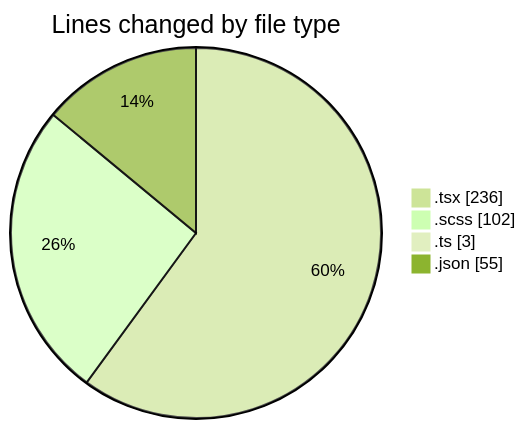
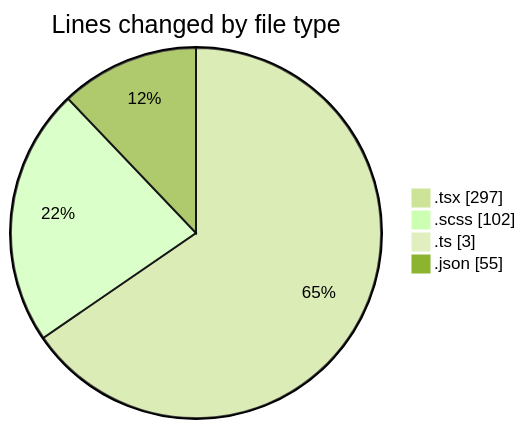
The first of 2 diagrams in 2026-10-30/cda/README.md (momahboobian/code-tracking), drawn with Mermaid (forest theme) before and after one commit. The commit also changed other lines of this file and 1 other file, not shown here.

````diff
--- a/2026-10-30/cda/README.md
+++ b/2026-10-30/cda/README.md
@@ -25,8 +25,8 @@
 ```mermaid
 pie showData
 title Lines changed by file type
-".tsx" : 236
+".tsx" : 297
 ".scss" : 102
 ".ts" : 3
 ".json" : 55
 ```
````
